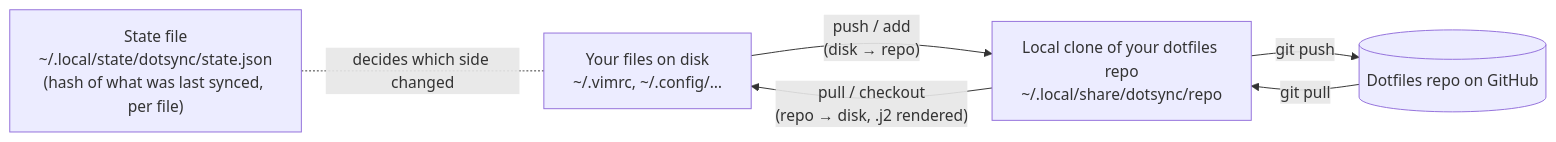
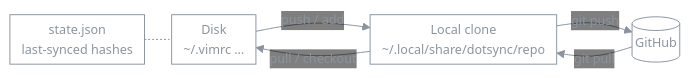
Before and after one commit to denomolo/dotsync: the second of 4 diagrams in README.md, drawn with Mermaid. The commit also changed other lines of this file, not shown here.

First line of the commit message:
README: move "How it works" to the end, compact the diagrams

````diff
--- a/README.md
+++ b/README.md
@@ -28,13 +313,13 @@
 ```mermaid
+%%{init: {"theme": "base", "themeVariables": {"background": "#00000000", "primaryColor": "#00000000", "mainBkg": "#00000000", "secondaryColor": "#00000000", "tertiaryColor": "#00000000", "clusterBkg": "#00000000", "edgeLabelBackground": "#00000000", "primaryBorderColor": "#8b949e", "lineColor": "#8b949e", "primaryTextColor": "#8b949e", "textColor": "#8b949e", "fontSize": "13px"}, "themeCSS": ".edgeLabel, .edgeLabel p, .edgeLabel span, .labelBkg { background-color: transparent !important; } .edgeLabel rect { fill: transparent !important; }", "flowchart": {"nodeSpacing": 18, "rankSpacing": 28, "padding": 6, "diagramPadding": 4}}}%%
 flowchart LR
-    disk["Your files on disk<br/>~/.vimrc, ~/.config/…"]
-    clone["Local clone of your dotfiles repo<br/>~/.local/share/dotsync/repo"]
-    gh[("Dotfiles repo on GitHub")]
-    state["State file<br/>~/.local/state/dotsync/state.json<br/>(hash of what was last synced, per file)"]
-
-    disk -- "push / add<br/>(disk → repo)" --> clone
-    clone -- "pull / checkout<br/>(repo → disk, .j2 rendered)" --> disk
+    state["state.json<br/>last-synced hashes"]
+    disk["Disk<br/>~/.vimrc …"]
+    clone["Local clone<br/>~/.local/share/dotsync/repo"]
+    gh[("GitHub")]
+    state -.- disk
+    disk -- "push / add" --> clone
+    clone -- "pull / checkout" --> disk
     clone -- "git push" --> gh
     gh -- "git pull" --> clone
-    state -. "decides which side changed" .- disk
 ```
````
